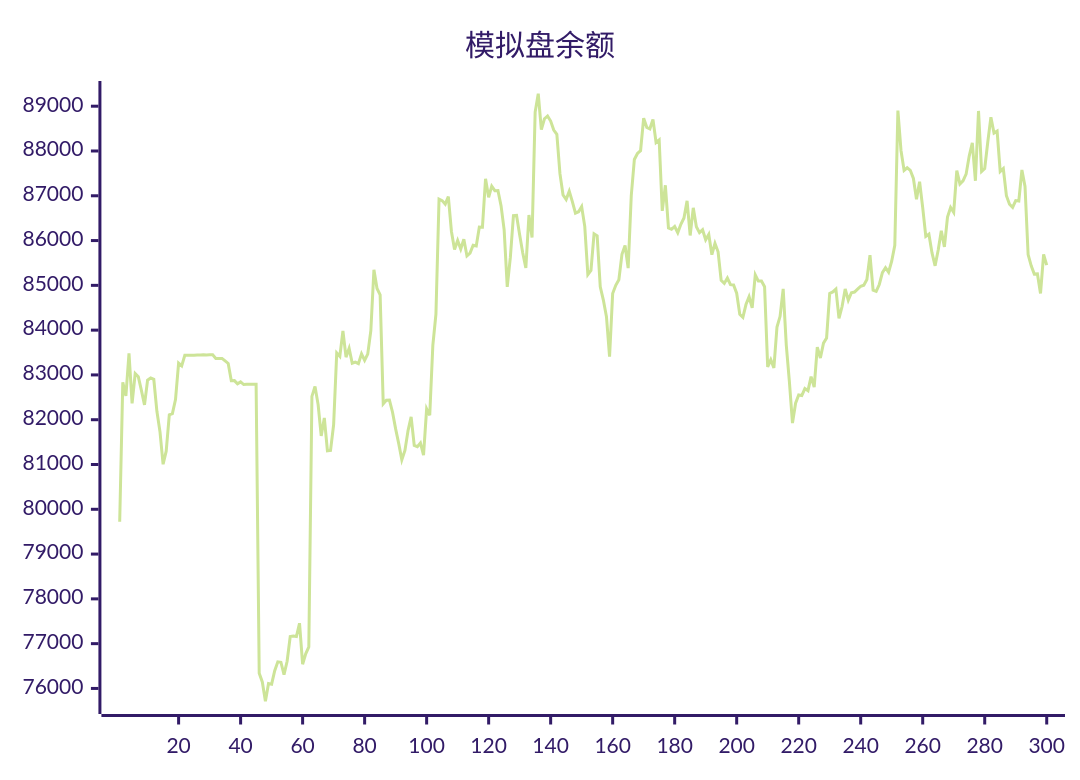
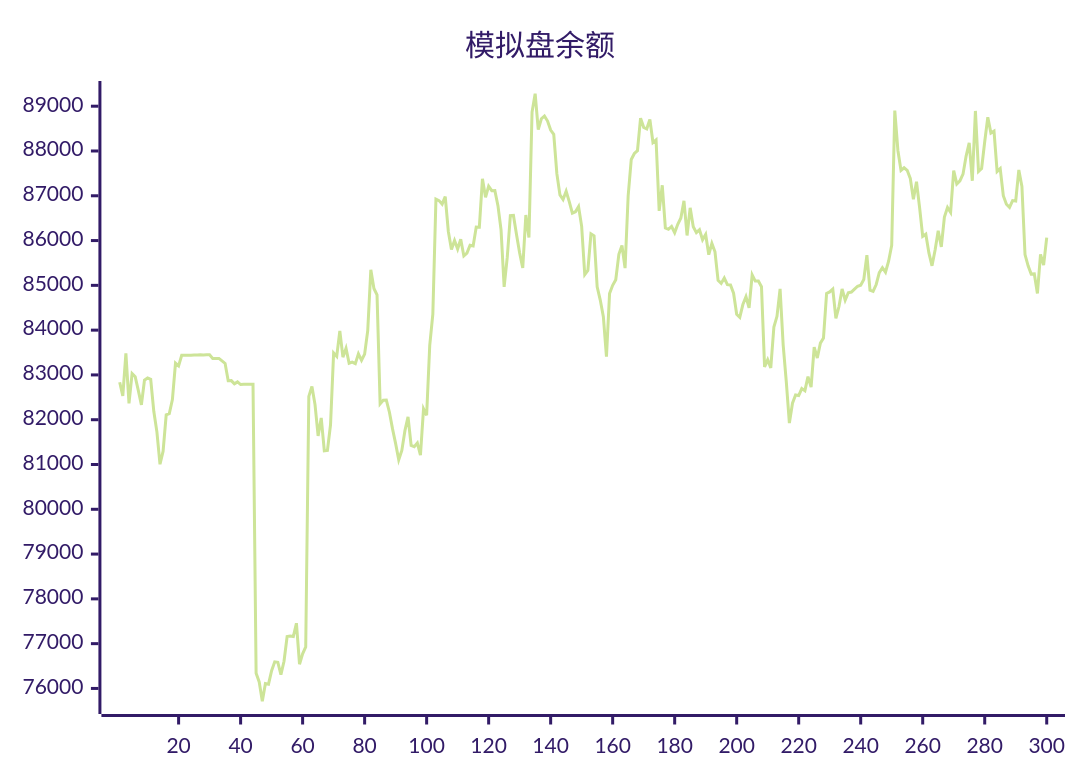
Before and after one commit to aahl/ai-trading: the diagram in README.md, drawn with Mermaid (forest theme). The commit also changed other lines of this file and 1 other file, not shown here.

````diff
--- a/README.md
+++ b/README.md
@@ -5,5 +5,5 @@
 ```mermaid
 xychart
     title "模拟盘余额"
-    line [79722,82837,82533,83480,82366,83032,82960,82654,82330,82883,82934,82901,82188,81728,81005,81298,82110,82135,82449,83264,83203,83440,83439,83440,83440,83446,83447,83448,83447,83448,83449,83369,83369,83369,83313,83256,82872,82873,82801,82844,82785,82791,82791,82793,82794,76339,76145,75714,76110,76096,76397,76594,76585,76310,76607,77160,77170,77160,77456,76541,76774,76927,82520,82744,82337,81639,82040,81307,81314,81887,83490,83414,83984,83396,83594,83261,83287,83253,83470,83327,83465,83987,85348,84930,84786,82355,82433,82438,82167,81795,81466,81105,81315,81756,82064,81426,81398,81481,81210,82242,82099,83658,84359,86925,86892,86814,86980,86203,85802,86003,85811,86028,85657,85721,85896,85880,86300,86299,87378,86965,87214,87115,87118,86780,86238,84966,85623,86555,86562,86129,85722,85387,86569,86070,88870,89278,88477,88720,88781,88668,88467,88372,87493,87018,86917,87102,86870,86613,86644,86758,86317,85242,85334,86149,86106,84968,84671,84302,83410,84816,85001,85127,85693,85891,85384,87001,87811,87945,88007,88734,88528,88495,88705,88189,88248,86662,87234,86279,86251,86314,86177,86364,86503,86886,86114,86731,86310,86176,86240,86017,86136,85685,85938,85749,85111,85044,85164,85016,85008,84824,84354,84287,84572,84745,84500,85234,85096,85095,84970,83180,83338,83157,84070,84309,84922,83667,82850,81924,82369,82552,82539,82695,82648,82962,82728,83619,83378,83710,83825,84819,84854,84917,84265,84527,84919,84668,84834,84850,84916,84981,85004,85131,85674,84891,84864,85019,85284,85393,85294,85538,85894,88904,88012,87567,87625,87568,87386,86920,87313,86737,86094,86143,85725,85437,85787,86219,85859,86526,86740,86630,87563,87264,87335,87483,87886,88180,87335,88894,87544,87608,88207,88755,88401,88444,87543,87608,87000,86810,86740,86894,86884,87576,87209,85686,85435,85251,85255,84820,85689,85453]
+    line [82837,82533,83480,82366,83032,82960,82654,82330,82883,82934,82901,82188,81728,81005,81298,82110,82135,82449,83264,83203,83440,83439,83440,83440,83446,83447,83448,83447,83448,83449,83369,83369,83369,83313,83256,82872,82873,82801,82844,82785,82791,82791,82793,82794,76339,76145,75714,76110,76096,76397,76594,76585,76310,76607,77160,77170,77160,77456,76541,76774,76927,82520,82744,82337,81639,82040,81307,81314,81887,83490,83414,83984,83396,83594,83261,83287,83253,83470,83327,83465,83987,85348,84930,84786,82355,82433,82438,82167,81795,81466,81105,81315,81756,82064,81426,81398,81481,81210,82242,82099,83658,84359,86925,86892,86814,86980,86203,85802,86003,85811,86028,85657,85721,85896,85880,86300,86299,87378,86965,87214,87115,87118,86780,86238,84966,85623,86555,86562,86129,85722,85387,86569,86070,88870,89278,88477,88720,88781,88668,88467,88372,87493,87018,86917,87102,86870,86613,86644,86758,86317,85242,85334,86149,86106,84968,84671,84302,83410,84816,85001,85127,85693,85891,85384,87001,87811,87945,88007,88734,88528,88495,88705,88189,88248,86662,87234,86279,86251,86314,86177,86364,86503,86886,86114,86731,86310,86176,86240,86017,86136,85685,85938,85749,85111,85044,85164,85016,85008,84824,84354,84287,84572,84745,84500,85234,85096,85095,84970,83180,83338,83157,84070,84309,84922,83667,82850,81924,82369,82552,82539,82695,82648,82962,82728,83619,83378,83710,83825,84819,84854,84917,84265,84527,84919,84668,84834,84850,84916,84981,85004,85131,85674,84891,84864,85019,85284,85393,85294,85538,85894,88904,88012,87567,87625,87568,87386,86920,87313,86737,86094,86143,85725,85437,85787,86219,85859,86526,86740,86630,87563,87264,87335,87483,87886,88180,87335,88894,87544,87608,88207,88755,88401,88444,87543,87608,87000,86810,86740,86894,86884,87576,87209,85686,85435,85251,85255,84820,85689,85453,86066]
 ```
````
